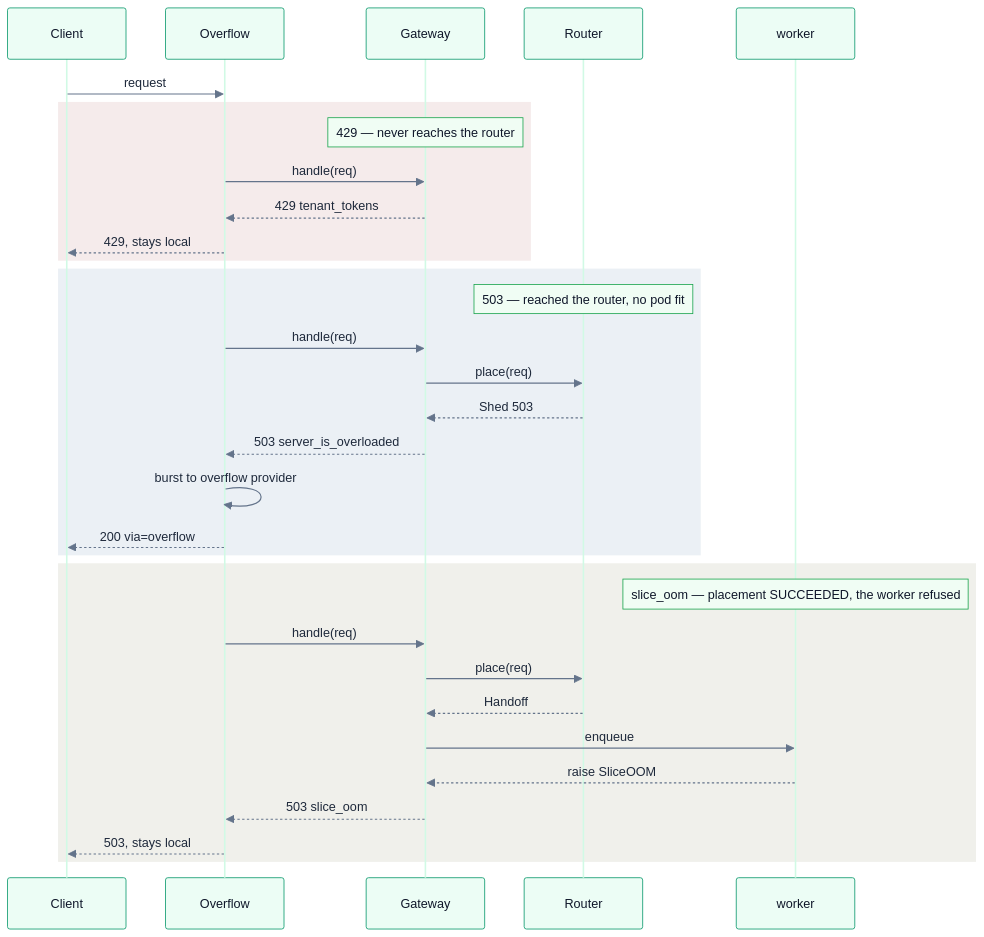
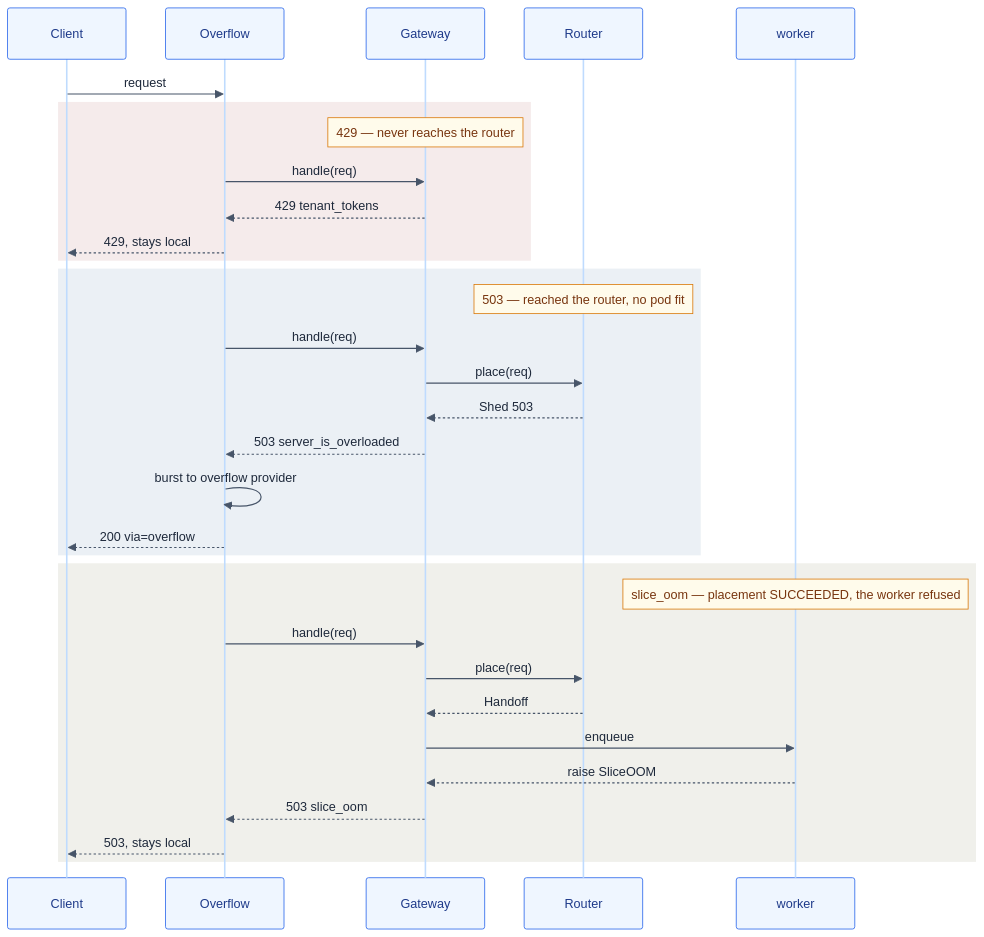
One commit to harshuljain13/Dodona changed the second of 2 diagrams in docs/cluster/router.md. Above: the diagram before and after it, drawn with Mermaid. The commit also changed other lines of this file and 13 other files, not shown here.

First line of the commit message:
docs: make the hero diagram teach something, restore colour

````diff
--- a/docs/cluster/router.md
+++ b/docs/cluster/router.md
@@ -114,47 +114,47 @@
 ```mermaid
 %%{init: {'theme':'base','themeVariables':{
   'fontFamily':'ui-sans-serif, -apple-system, Segoe UI, Inter, Helvetica, Arial, sans-serif','fontSize':'13.5px',
-  'actorBkg':'#ecfdf5','actorBorder':'#059669','actorTextColor':'#0f172a','actorLineColor':'#d1fae5',
-  'signalColor':'#64748b','signalTextColor':'#1e293b',
-  'noteBkgColor':'#f0fdf4','noteBorderColor':'#16a34a','noteTextColor':'#0f172a',
-  'activationBkgColor':'#d1fae5','activationBorderColor':'#047857',
-  'labelBoxBkgColor':'#ffffff','labelBoxBorderColor':'#a7f3d0','labelTextColor':'#0f172a',
+  'actorBkg':'#eff6ff','actorBorder':'#2563eb','actorTextColor':'#1e3a8a','actorLineColor':'#bfdbfe',
+  'signalColor':'#475569','signalTextColor':'#1e293b',
+  'noteBkgColor':'#fffbeb','noteBorderColor':'#d97706','noteTextColor':'#78350f',
+  'activationBkgColor':'#dcfce7','activationBorderColor':'#16a34a',
+  'labelBoxBkgColor':'#f0fdfa','labelBoxBorderColor':'#0d9488','labelTextColor':'#134e4a',
   'sequenceNumberColor':'#ffffff','loopTextColor':'#1e293b'
 }}}%%
 sequenceDiagram
     participant C as Client
     participant O as Overflow
     participant A as Gateway
     participant R as Router
     participant W as worker
 
     C->>O: request
 
     rect rgb(245, 235, 235)
         Note over A: 429 — never reaches the router
         O->>A: handle(req)
         A-->>O: 429 tenant_tokens
         O-->>C: 429, stays local
     end
 
     rect rgb(235, 240, 245)
         Note over R: 503 — reached the router, no pod fit
         O->>A: handle(req)
         A->>R: place(req)
         R-->>A: Shed 503
         A-->>O: 503 server_is_overloaded
         O->>O: burst to overflow provider
         O-->>C: 200 via=overflow
     end
 
     rect rgb(240, 240, 235)
         Note over W: slice_oom — placement SUCCEEDED, the worker refused
         O->>A: handle(req)
         A->>R: place(req)
         R-->>A: Handoff
         A->>W: enqueue
         W-->>A: raise SliceOOM
         A-->>O: 503 slice_oom
         O-->>C: 503, stays local
     end
 ```
````
